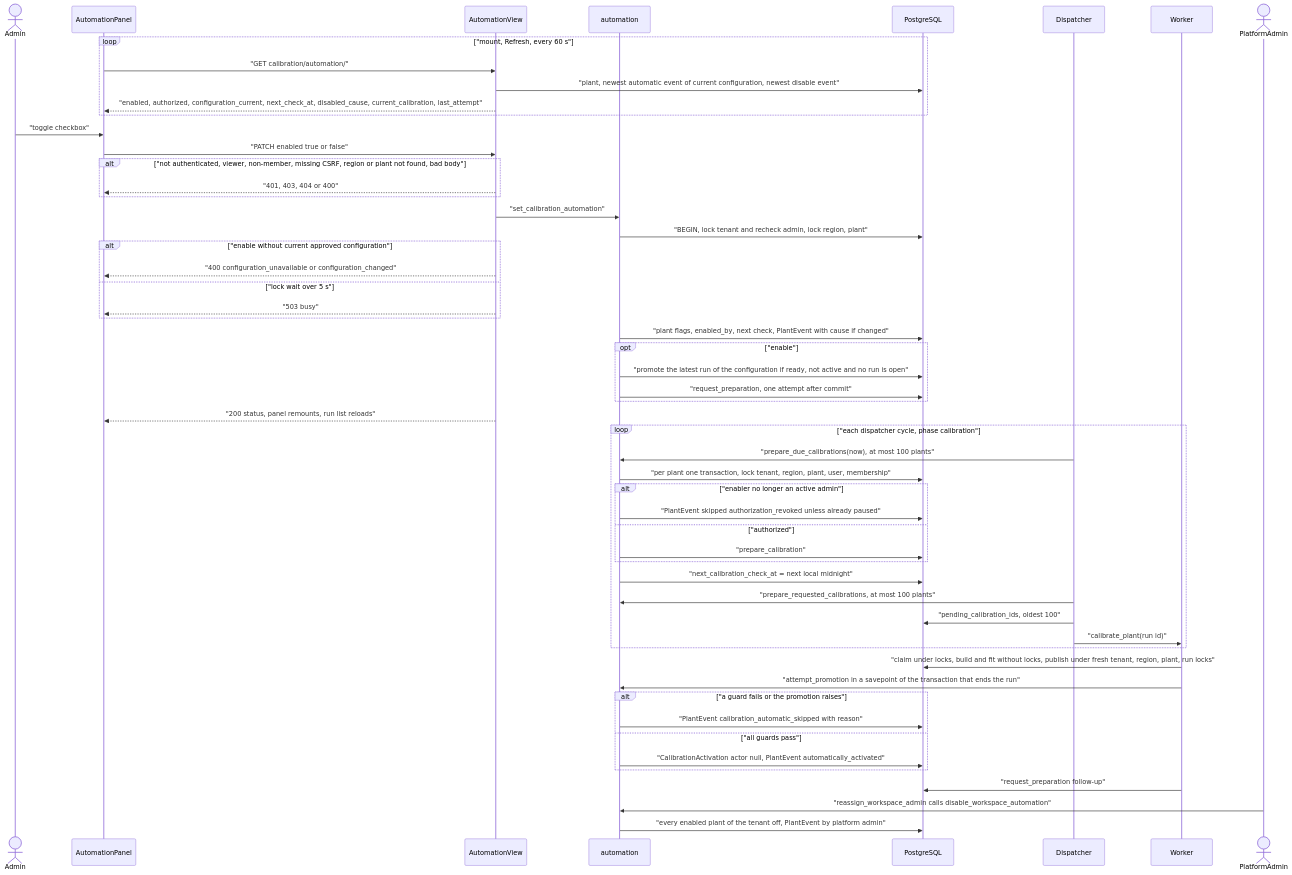
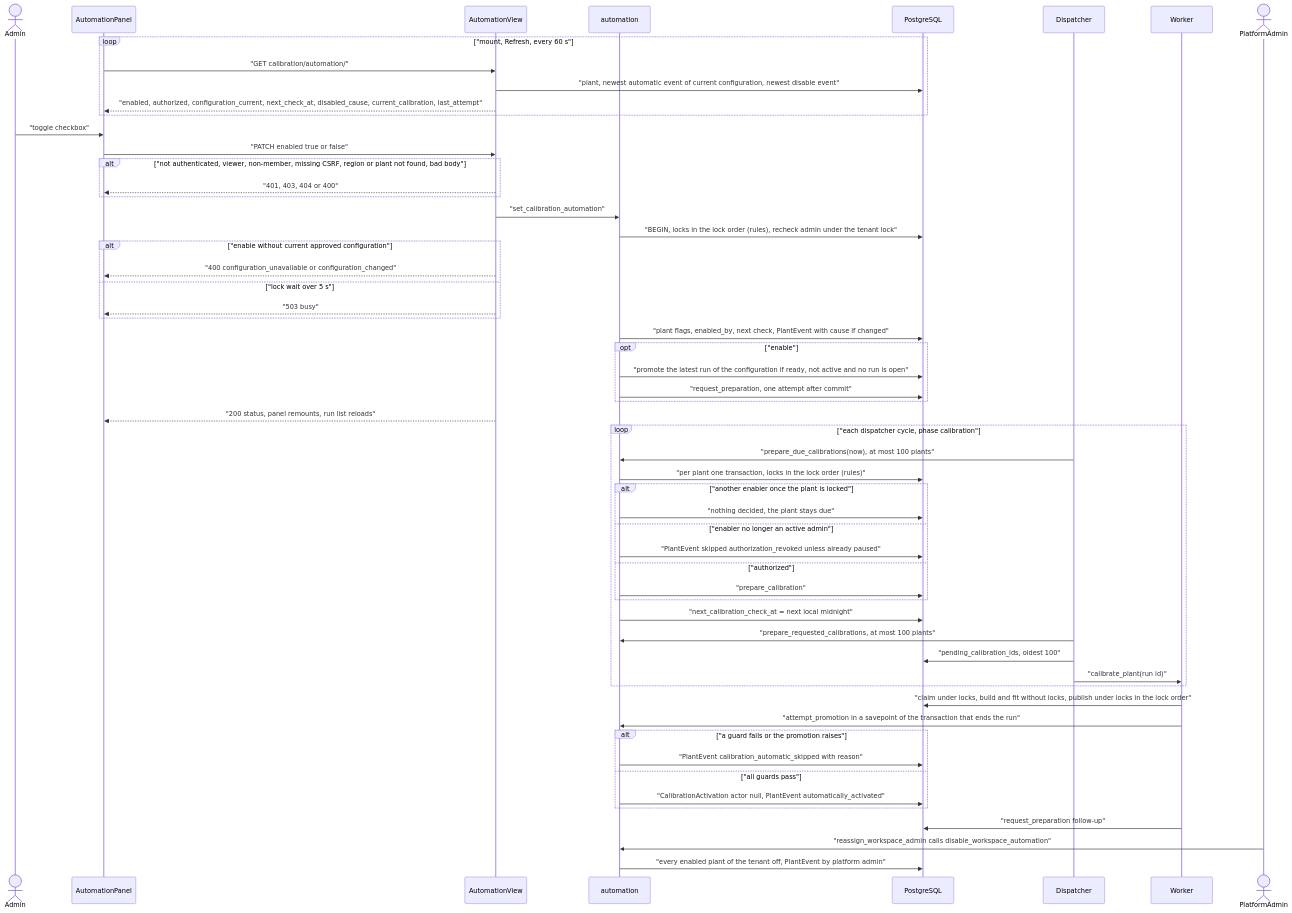
Before and after one commit to erkurtharun/pyracast: the diagram in docs/flows/calibration-automation.md, drawn with Mermaid. The commit also changed other lines of this file and 67 other files, not shown here.

````diff
--- a/docs/flows/calibration-automation.md
+++ b/docs/flows/calibration-automation.md
@@ -16,57 +16,59 @@
 ```mermaid
 sequenceDiagram
     actor Adm as Admin
     participant UI as AutomationPanel
     participant API as AutomationView
     participant Auto as automation
     participant DB as PostgreSQL
     participant Disp as Dispatcher
     participant W as Worker
     actor Op as PlatformAdmin
     loop "mount, Refresh, every 60 s"
         UI->>API: "GET calibration/automation/"
         API->>DB: "plant, newest automatic event of current configuration, newest disable event"
         API-->>UI: "enabled, authorized, configuration_current, next_check_at, disabled_cause, current_calibration, last_attempt"
     end
     Adm->>UI: "toggle checkbox"
     UI->>API: "PATCH enabled true or false"
     alt "not authenticated, viewer, non-member, missing CSRF, region or plant not found, bad body"
         API-->>UI: "401, 403, 404 or 400"
     end
     API->>Auto: "set_calibration_automation"
-    Auto->>DB: "BEGIN, lock tenant and recheck admin, lock region, plant"
+    Auto->>DB: "BEGIN, locks in the lock order (rules), recheck admin under the tenant lock"
     alt "enable without current approved configuration"
         API-->>UI: "400 configuration_unavailable or configuration_changed"
     else "lock wait over 5 s"
         API-->>UI: "503 busy"
     end
     Auto->>DB: "plant flags, enabled_by, next check, PlantEvent with cause if changed"
     opt "enable"
         Auto->>DB: "promote the latest run of the configuration if ready, not active and no run is open"
         Auto->>DB: "request_preparation, one attempt after commit"
     end
     API-->>UI: "200 status, panel remounts, run list reloads"
     loop "each dispatcher cycle, phase calibration"
         Disp->>Auto: "prepare_due_calibrations(now), at most 100 plants"
-        Auto->>DB: "per plant one transaction, lock tenant, region, plant, user, membership"
-        alt "enabler no longer an active admin"
+        Auto->>DB: "per plant one transaction, locks in the lock order (rules)"
+        alt "another enabler once the plant is locked"
+            Auto->>DB: "nothing decided, the plant stays due"
+        else "enabler no longer an active admin"
             Auto->>DB: "PlantEvent skipped authorization_revoked unless already paused"
         else "authorized"
             Auto->>DB: "prepare_calibration"
         end
         Auto->>DB: "next_calibration_check_at = next local midnight"
         Disp->>Auto: "prepare_requested_calibrations, at most 100 plants"
         Disp->>DB: "pending_calibration_ids, oldest 100"
         Disp->>W: "calibrate_plant(run id)"
     end
-    W->>DB: "claim under locks, build and fit without locks, publish under fresh tenant, region, plant, run locks"
+    W->>DB: "claim under locks, build and fit without locks, publish under locks in the lock order"
     W->>Auto: "attempt_promotion in a savepoint of the transaction that ends the run"
     alt "a guard fails or the promotion raises"
         Auto->>DB: "PlantEvent calibration_automatic_skipped with reason"
     else "all guards pass"
         Auto->>DB: "CalibrationActivation actor null, PlantEvent automatically_activated"
     end
     W->>DB: "request_preparation follow-up"
     Op->>Auto: "reassign_workspace_admin calls disable_workspace_automation"
     Auto->>DB: "every enabled plant of the tenant off, PlantEvent by platform admin"
 ```
````
